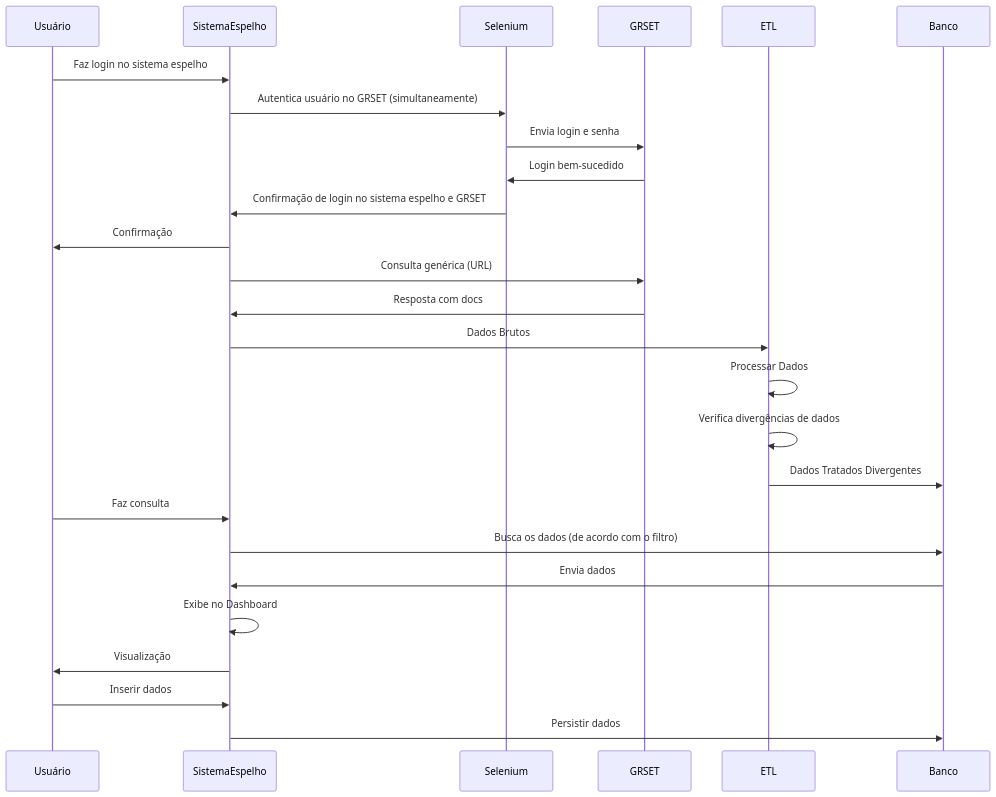
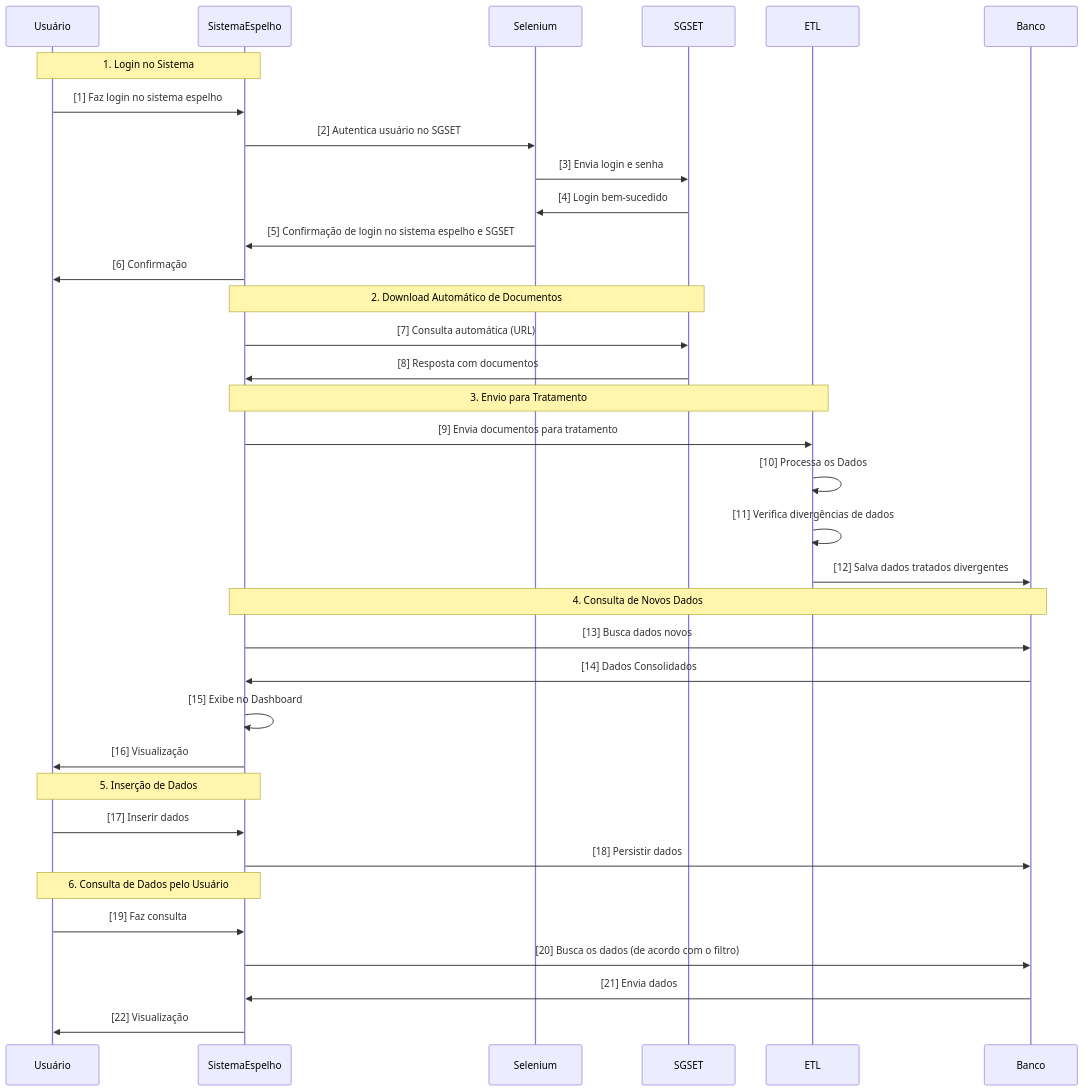
One commit to Gestao-FIC/ads_projeto_gestao_fic changed the diagram in docs/PRD_Backend.md. Above: the diagram before and after it, drawn with Mermaid.

Commit message:
Adjustments to the diagram to facilitate understanding

````diff
--- a/docs/PRD_Backend.md
+++ b/docs/PRD_Backend.md
@@ -5,45 +5,49 @@
 ```mermaid
 sequenceDiagram
     participant Usuário
     participant SistemaEspelho
     participant Selenium
-    participant GRSET
+    participant SGSET
     participant ETL
     participant Banco
-  
 
-    Usuário ->> SistemaEspelho: Faz login no sistema espelho
-    SistemaEspelho ->> Selenium: Autentica usuário no GRSET (simultaneamente)
-    Selenium ->> GRSET: Envia login e senha
-    GRSET ->> Selenium: Login bem-sucedido
-    
-    Selenium ->> SistemaEspelho: Confirmação de login no sistema espelho e GRSET
-    SistemaEspelho ->> Usuário: Confirmação
+    %% 1 - Login no Sistema
+    Note over Usuário,SistemaEspelho: 1. Login no Sistema
+    Usuário ->> SistemaEspelho: [1] Faz login no sistema espelho
+    SistemaEspelho ->> Selenium: [2] Autentica usuário no SGSET
+    Selenium ->> SGSET: [3] Envia login e senha
+    SGSET ->> Selenium: [4] Login bem-sucedido
+    Selenium ->> SistemaEspelho: [5] Confirmação de login no sistema espelho e SGSET
+    SistemaEspelho ->> Usuário: [6] Confirmação
 
-    SistemaEspelho ->> GRSET: Consulta genérica (URL)
+    %% 2 - Download Automático de Documentos
+    Note over SistemaEspelho,SGSET: 2. Download Automático de Documentos
+    SistemaEspelho ->> SGSET: [7] Consulta automática (URL)
+    SGSET ->> SistemaEspelho: [8] Resposta com documentos
 
-  
-    GRSET ->> SistemaEspelho: Resposta com docs
+    %% 3 - Processamento de Dados
+    Note over SistemaEspelho,ETL: 3. Envio para Tratamento
+    SistemaEspelho ->> ETL: [9] Envia documentos para tratamento
+    ETL ->> ETL: [10] Processa os Dados
+    ETL ->> ETL: [11] Verifica divergências de dados
+    ETL ->> Banco: [12] Salva dados tratados divergentes
 
-    SistemaEspelho ->> ETL: Dados Brutos
+    %% 4 - Consulta de Dados Consolidados
+    Note over SistemaEspelho,Banco: 4. Consulta de Novos Dados
+    SistemaEspelho ->> Banco: [13] Busca dados novos
+    Banco ->> SistemaEspelho: [14] Dados Consolidados
+    SistemaEspelho ->> SistemaEspelho: [15] Exibe no Dashboard
+    SistemaEspelho ->> Usuário: [16] Visualização
 
-    ETL ->> ETL: Processar Dados
+    %% 5 - Inserção de Dados pelo Usuário
+    Note over Usuário,SistemaEspelho: 5. Inserção de Dados
+    Usuário ->> SistemaEspelho: [17] Inserir dados
+    SistemaEspelho ->> Banco: [18] Persistir dados
 
-    ETL ->> ETL: Verifica divergências de dados
-
-    ETL ->> Banco: Dados Tratados Divergentes
-
-    Usuário ->> SistemaEspelho: Faz consulta
-    
-    SistemaEspelho ->> Banco: Busca os dados (de acordo com o filtro)
-
-    Banco ->> SistemaEspelho: Envia dados
-
-    SistemaEspelho ->> SistemaEspelho: Exibe no Dashboard
-
-    SistemaEspelho ->> Usuário: Visualização
-
-    Usuário ->> SistemaEspelho: Inserir dados
-
-    SistemaEspelho ->> Banco: Persistir dados
+    %% 6 - Consulta Personalizada
+    Note over Usuário,SistemaEspelho: 6. Consulta de Dados pelo Usuário
+    Usuário ->> SistemaEspelho: [19] Faz consulta
+    SistemaEspelho ->> Banco: [20] Busca os dados (de acordo com o filtro)
+    Banco ->> SistemaEspelho: [21] Envia dados
+    SistemaEspelho ->> Usuário: [22] Visualização
 ```
````
